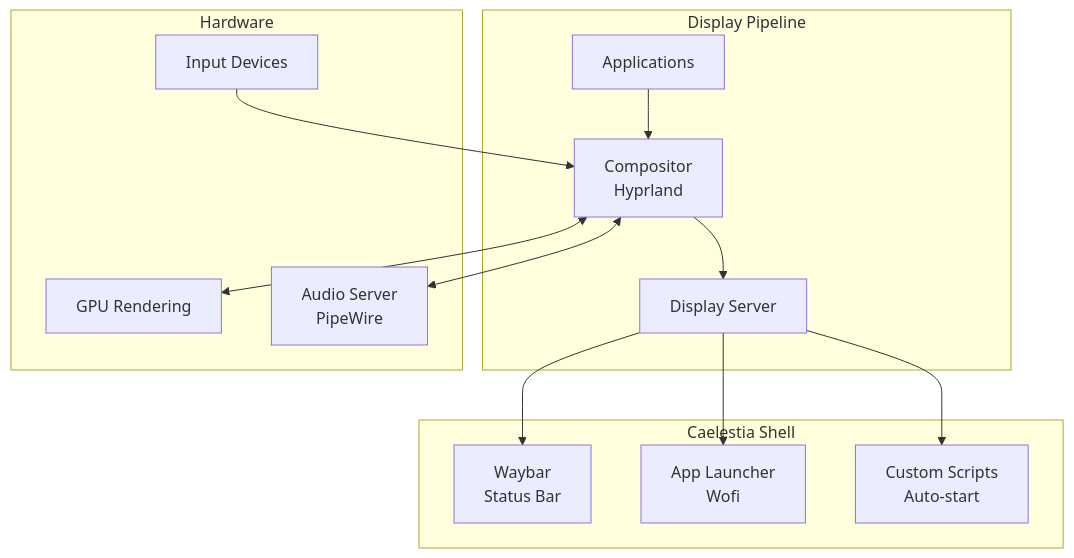
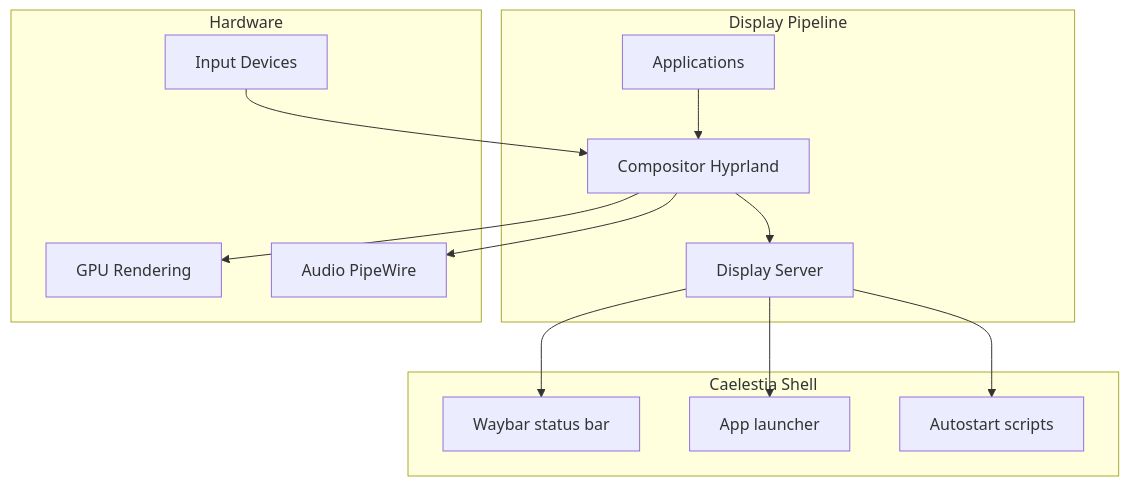
Before and after one commit to 444Nazky/My-Vault: the first of 3 diagrams in System/Caelestia/Caelestia-System-Architecture.md, drawn with Mermaid. The commit also changed other lines of this file and 8 other files, not shown here.

````diff
--- a/System/Caelestia/Caelestia-System-Architecture.md
+++ b/System/Caelestia/Caelestia-System-Architecture.md
@@ -11,23 +11,23 @@
 ```mermaid
 flowchart TB
     subgraph Display["Display Pipeline"]
-        App[Applications] --> Comp[Compositor<br/>Hyprland]
+        App[Applications] --> Comp[Compositor Hyprland]
         Comp --> DR[Display Server]
     end
     
     subgraph Shell["Caelestia Shell"]
-        DR --> Bar[Waybar<br/>Status Bar]
-        DR --> Menu[App Launcher<br/>Wofi]
-        DR --> Scripts[Custom Scripts<br/>Auto-start]
+        DR --> Bar[Waybar status bar]
+        DR --> Menu[App launcher]
+        DR --> Scripts[Autostart scripts]
     end
     
     subgraph Hardware["Hardware"]
         GPU[GPU Rendering]
-        Audio[Audio Server<br/>PipeWire]
+        Audio[Audio PipeWire]
         Input[Input Devices]
     end
     
-    Comp <--> GPU
-    Comp <--> Audio
+    Comp --> GPU
+    Comp --> Audio
     Input --> Comp
 ```
````
